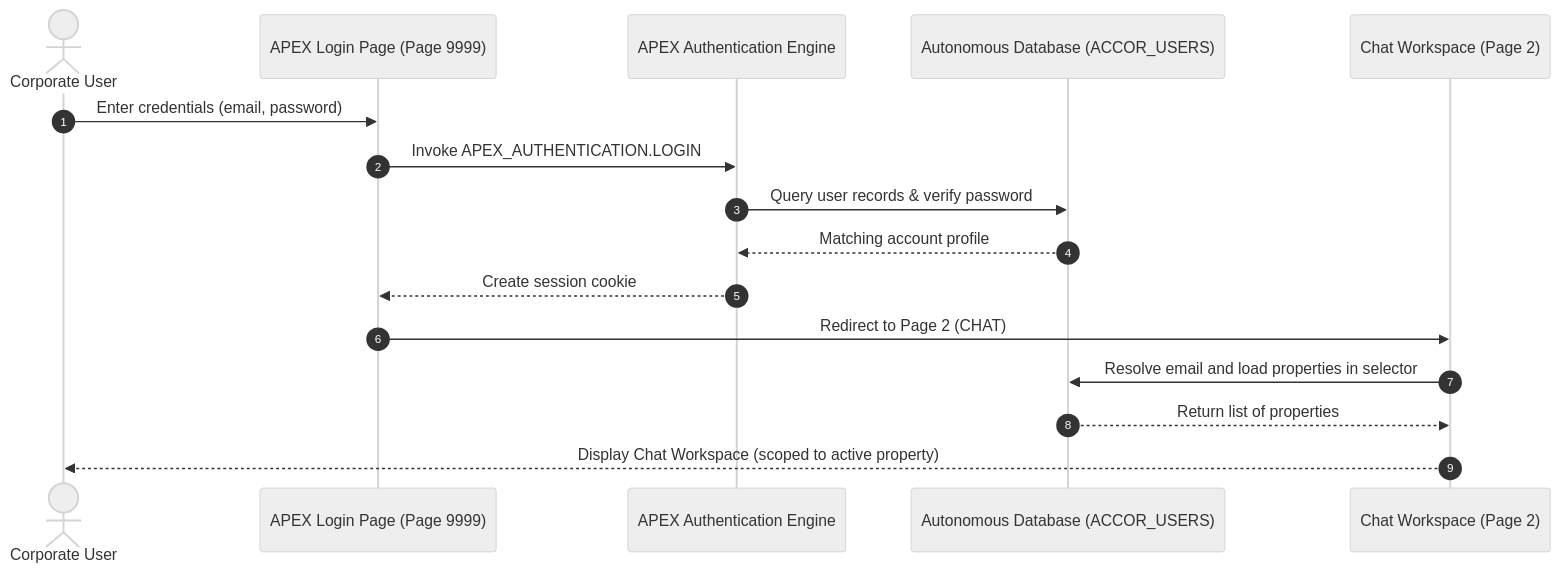
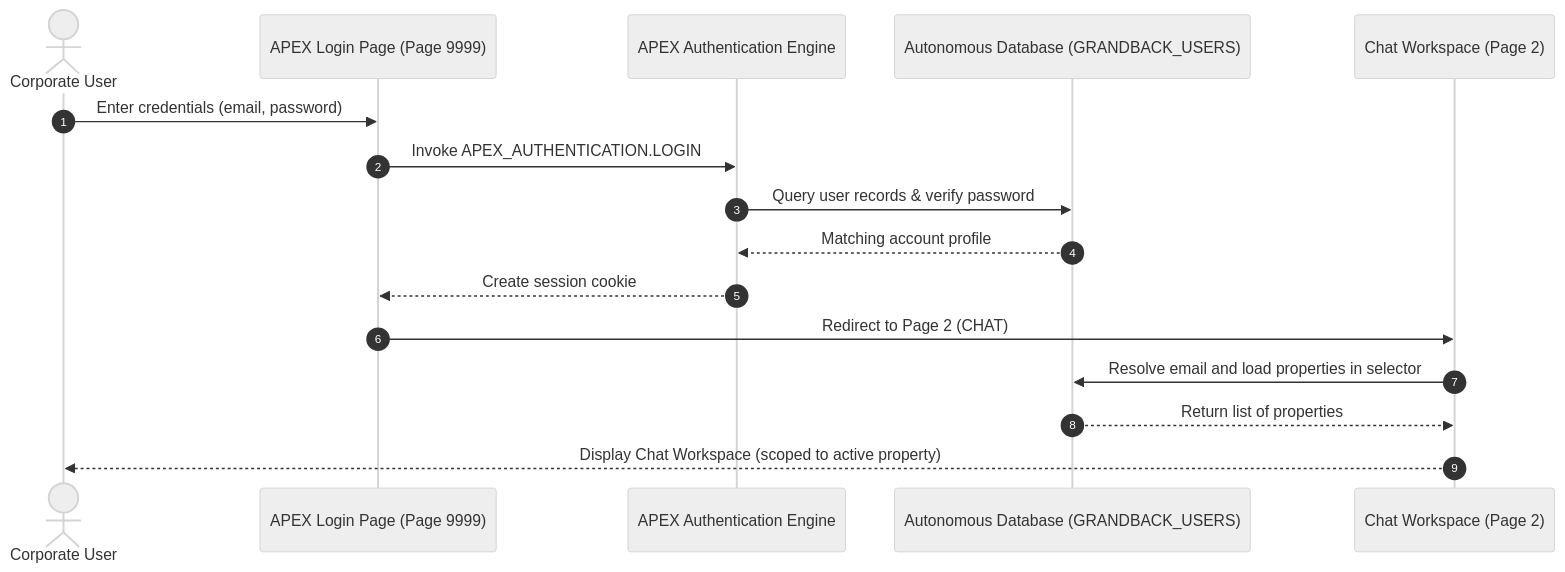
Before and after one commit to maniltns/ojas-apex-varient: the first of 4 diagrams in Appflow.md, drawn with Mermaid (neutral theme). The commit also changed other lines of this file and 45 other files, not shown here.

Commit message:
feat: initialize Grandback EBS bot application and refactor schema to follow naming conventions

````diff
--- a/Appflow.md
+++ b/Appflow.md
@@ -9,19 +16,19 @@
 ```mermaid
 sequenceDiagram
     autonumber
     actor User as Corporate User
     participant Login as APEX Login Page (Page 9999)
     participant Auth as APEX Authentication Engine
-    participant DB as Autonomous Database (ACCOR_USERS)
+    participant DB as Autonomous Database (GRANDBACK_USERS)
     participant Chat as Chat Workspace (Page 2)
 
     User->>Login: Enter credentials (email, password)
     Login->>Auth: Invoke APEX_AUTHENTICATION.LOGIN
     Auth->>DB: Query user records & verify password
     DB-->>Auth: Matching account profile
     Auth-->>Login: Create session cookie
     Login->>Chat: Redirect to Page 2 (CHAT)
     Chat->>DB: Resolve email and load properties in selector
     DB-->>Chat: Return list of properties
     Chat-->>User: Display Chat Workspace (scoped to active property)
 ```
````
